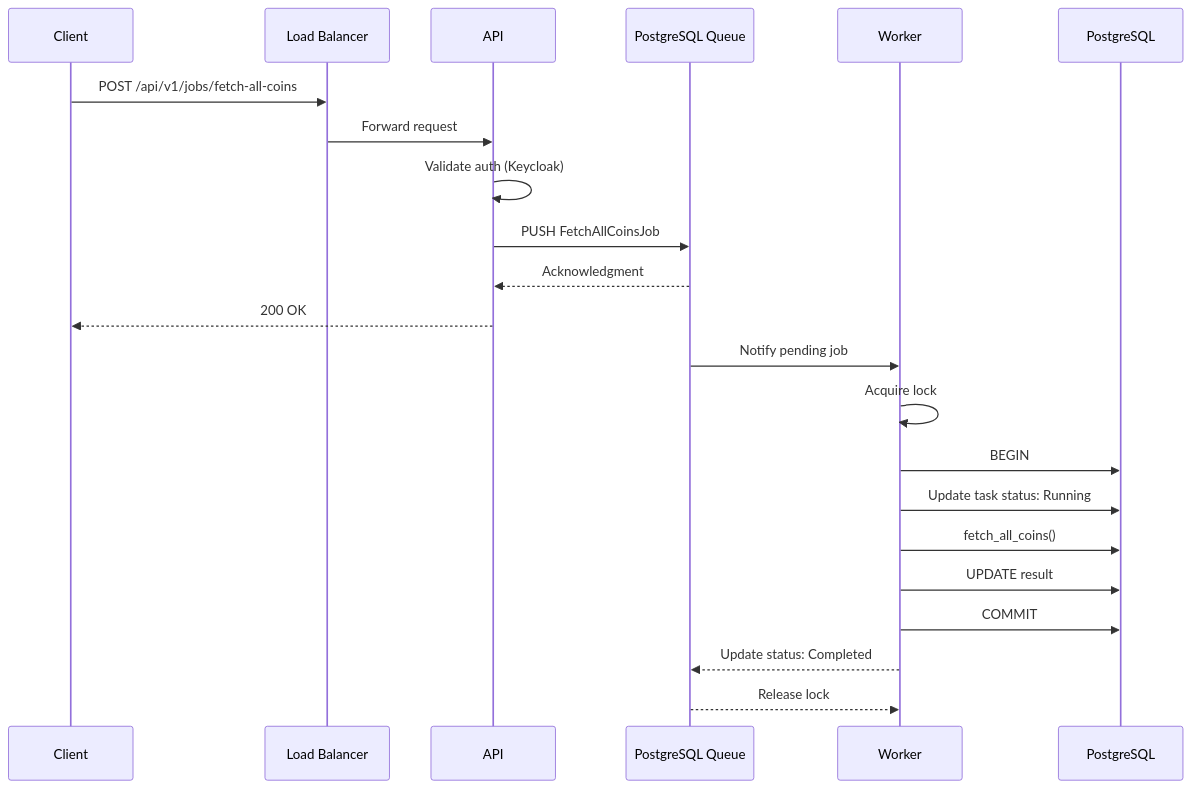
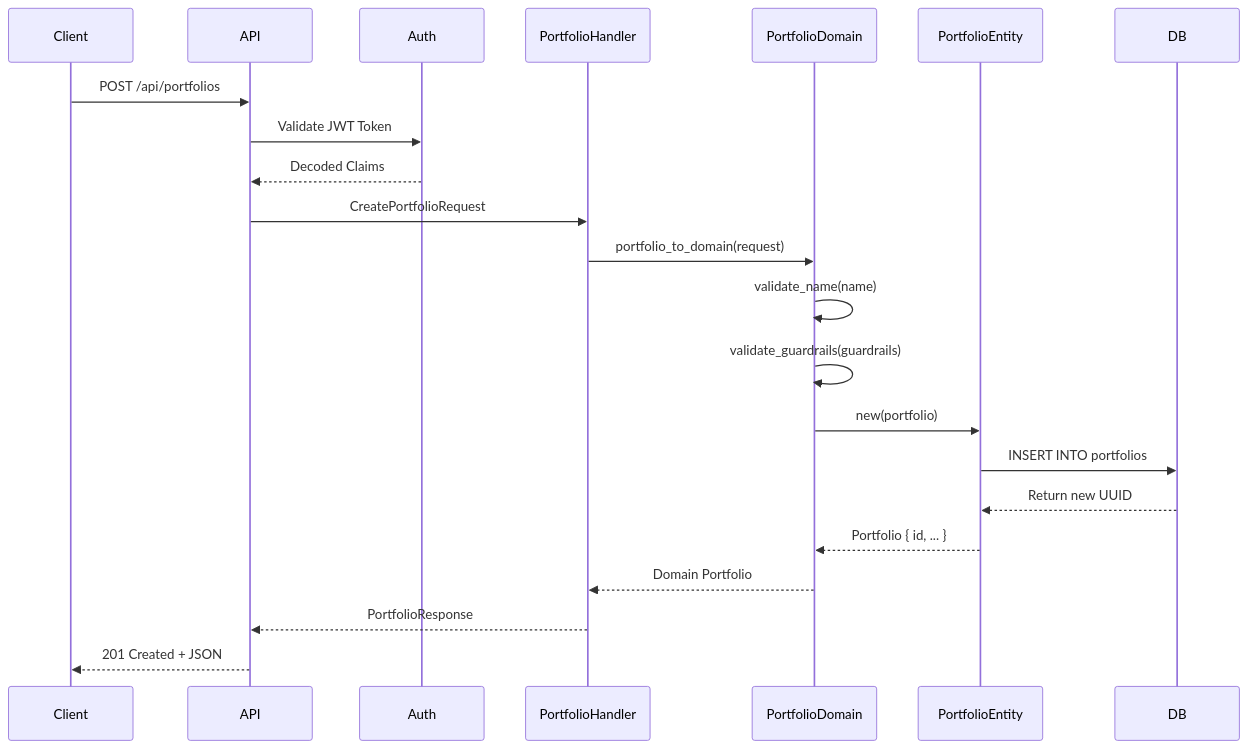
Before and after one commit to doitsu2014/crypto-pocket-butler: the seventh of 9 diagrams in docs/architecture/backend.md, drawn with Mermaid. The commit also changed other lines of this file, not shown here.

First line of the commit message:
docs: Update API backend architecture with domain models

````diff
--- a/docs/architecture/backend.md
+++ b/docs/architecture/backend.md
@@ -31,26 +294,30 @@
 ```mermaid
 sequenceDiagram
     participant Client
-    participant LB as Load Balancer
     participant API
-    participant Queue as PostgreSQL Queue
-    participant Worker
-    participant DB as PostgreSQL
+    participant Auth
+    participant PortfolioHandler
+    participant PortfolioDomain
+    participant PortfolioEntity
+    participant DB
 
-    Client->>LB: POST /api/v1/jobs/fetch-all-coins
-    LB->>API: Forward request
-    API->>API: Validate auth (Keycloak)
-    API->>Queue: PUSH FetchAllCoinsJob
-    Queue-->>API: Acknowledgment
-    API-->>Client: 200 OK
+    Client->>API: POST /api/portfolios
+    API->>Auth: Validate JWT Token
+    Auth-->>API: Decoded Claims
     
-    Queue->>Worker: Notify pending job
-    Worker->>Worker: Acquire lock
-    Worker->>DB: BEGIN
-    Worker->>DB: Update task status: Running
-    Worker->>DB: fetch_all_coins()
-    Worker->>DB: UPDATE result
-    Worker->>DB: COMMIT
-    Worker-->>Queue: Update status: Completed
-    Queue-->>Worker: Release lock
+    API->>PortfolioHandler: CreatePortfolioRequest
+    
+    PortfolioHandler->>PortfolioDomain: portfolio_to_domain(request)
+    PortfolioDomain->>PortfolioDomain: validate_name(name)
+    PortfolioDomain->>PortfolioDomain: validate_guardrails(guardrails)
+    
+    PortfolioDomain->>PortfolioEntity: new(portfolio)
+    PortfolioEntity->>DB: INSERT INTO portfolios
+    DB-->>PortfolioEntity: Return new UUID
+    
+    PortfolioEntity-->>PortfolioDomain: Portfolio { id, ... }
+    PortfolioDomain-->>PortfolioHandler: Domain Portfolio
+    
+    PortfolioHandler-->>API: PortfolioResponse
+    API-->>Client: 201 Created + JSON
 ```
````
